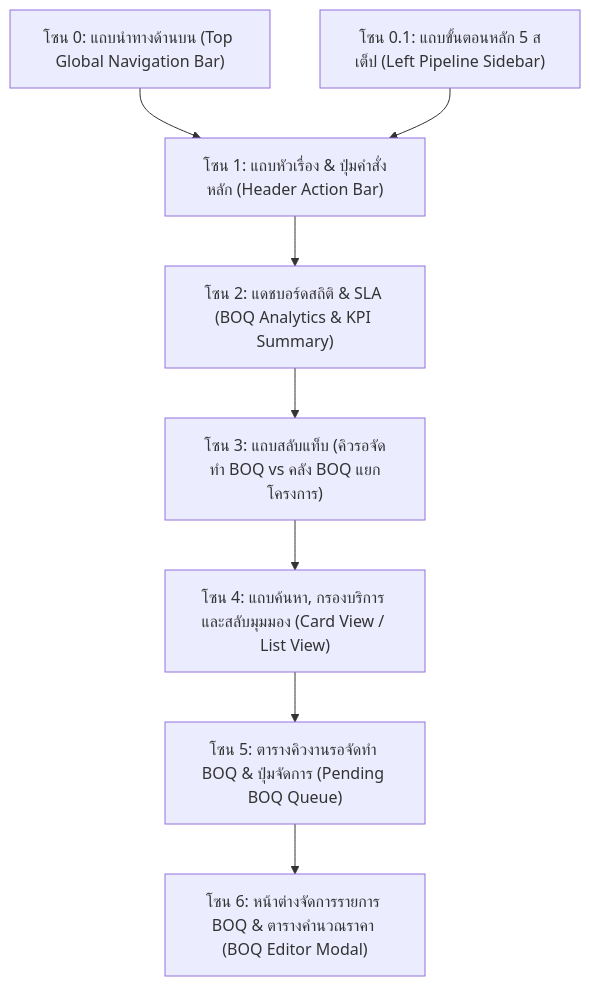
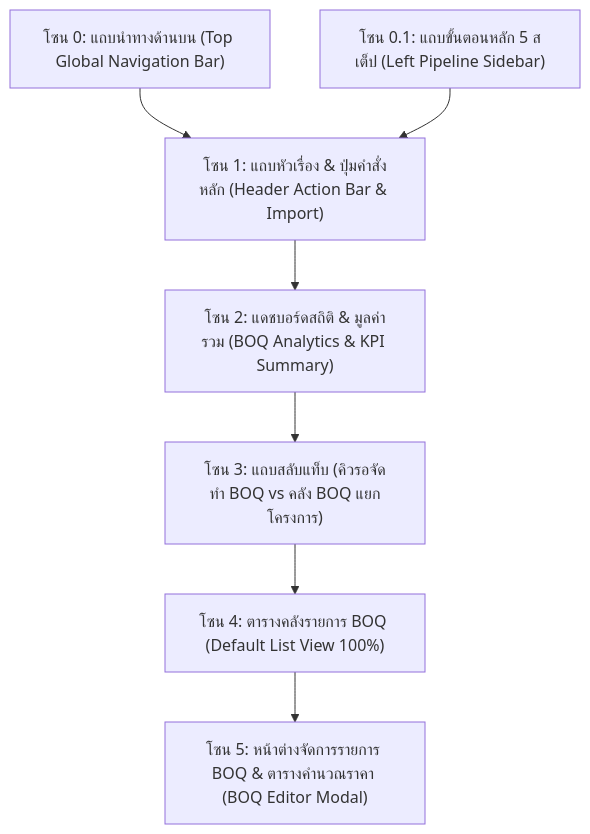
The first of 2 diagrams in doc/คู่มือการใช้งาน_Step3_นำBOQเข้าระบบ.md (isarachootip/pmt_flow), drawn with Mermaid before and after one commit. The commit also changed other lines of this file and 6 other files, not shown here.

````diff
--- a/doc/คู่มือการใช้งาน_Step3_นำBOQเข้าระบบ.md
+++ b/doc/คู่มือการใช้งาน_Step3_นำBOQเข้าระบบ.md
@@ -29,19 +35,17 @@
 ```mermaid
 graph TD
     Z0["โซน 0: แถบนำทางด้านบน (Top Global Navigation Bar)"]
     Z01["โซน 0.1: แถบขั้นตอนหลัก 5 สเต็ป (Left Pipeline Sidebar)"]
-    Z1["โซน 1: แถบหัวเรื่อง & ปุ่มคำสั่งหลัก (Header Action Bar)"]
-    Z2["โซน 2: แดชบอร์ดสถิติ & SLA (BOQ Analytics & KPI Summary)"]
+    Z1["โซน 1: แถบหัวเรื่อง & ปุ่มคำสั่งหลัก (Header Action Bar & Import)"]
+    Z2["โซน 2: แดชบอร์ดสถิติ & มูลค่ารวม (BOQ Analytics & KPI Summary)"]
     Z3["โซน 3: แถบสลับแท็บ (คิวรอจัดทำ BOQ vs คลัง BOQ แยกโครงการ)"]
-    Z4["โซน 4: แถบค้นหา, กรองบริการ และสลับมุมมอง (Card View / List View)"]
-    Z5["โซน 5: ตารางคิวงานรอจัดทำ BOQ & ปุ่มจัดการ (Pending BOQ Queue)"]
-    Z6["โซน 6: หน้าต่างจัดการรายการ BOQ & ตารางคำนวณราคา (BOQ Editor Modal)"]
+    Z4["โซน 4: ตารางคลังรายการ BOQ (Default List View 100%)"]
+    Z5["โซน 5: หน้าต่างจัดการรายการ BOQ & ตารางคำนวณราคา (BOQ Editor Modal)"]
 
     Z0 --> Z1
     Z01 --> Z1
     Z1 --> Z2
     Z2 --> Z3
     Z3 --> Z4
     Z4 --> Z5
-    Z5 --> Z6
 ```
````
